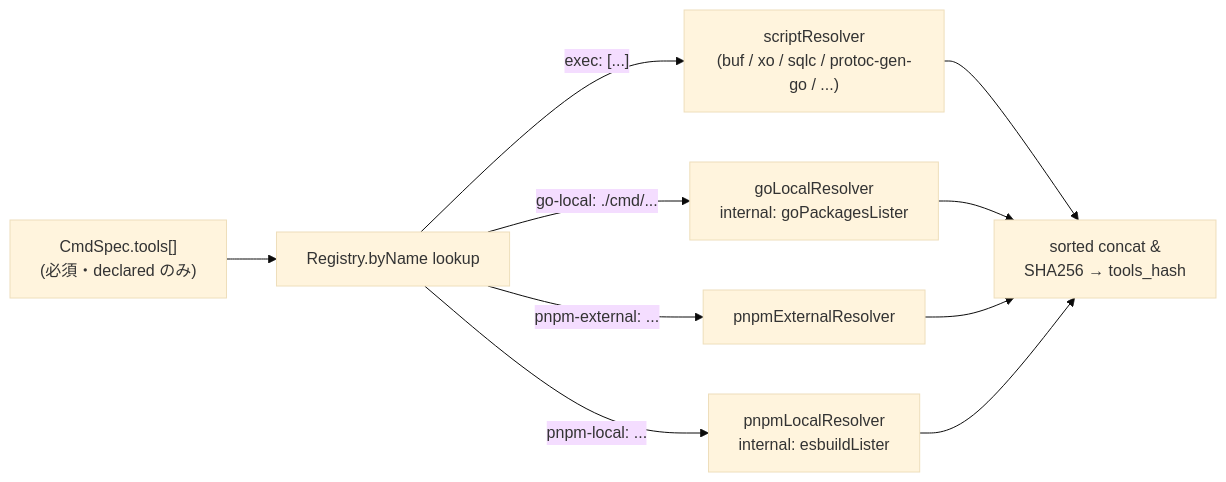
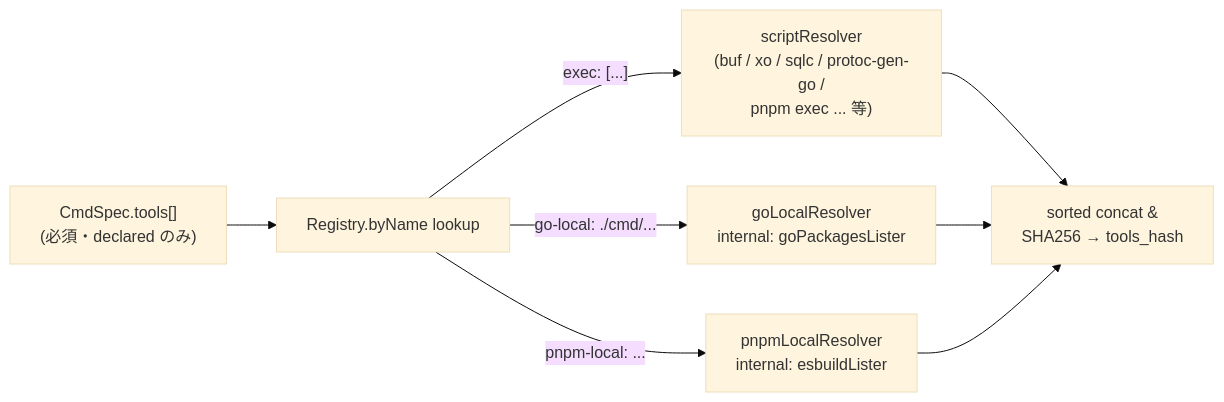
Before and after one commit to izumin5210/sloff: the second of 3 diagrams in docs/design/architecture.md, drawn with Mermaid (base theme). The commit also changed other lines of this file and 5 other files, not shown here.

First line of the commit message:
docs(adr): drop external-dependency resolver in favour of script

````diff
--- a/docs/design/architecture.md
+++ b/docs/design/architecture.md
@@ -317,12 +315,10 @@
 ```mermaid
 flowchart LR
     SPEC["CmdSpec.tools[]<br/>(必須・declared のみ)"] --> DISP["Registry.byName lookup"]
-    DISP -->|"exec: [...]"| SCRIPT["scriptResolver<br/>(buf / xo / sqlc / protoc-gen-go / ...)"]
+    DISP -->|"exec: [...]"| SCRIPT["scriptResolver<br/>(buf / xo / sqlc / protoc-gen-go /<br/>pnpm exec ... 等)"]
     DISP -->|"go-local: ./cmd/..."| GOLOC["goLocalResolver<br/>internal: goPackagesLister"]
-    DISP -->|"pnpm-external: ..."| PNPMEXT["pnpmExternalResolver"]
     DISP -->|"pnpm-local: ..."| PNPMLOC["pnpmLocalResolver<br/>internal: esbuildLister"]
     SCRIPT --> CONCAT["sorted concat &<br/>SHA256 → tools_hash"]
     GOLOC --> CONCAT
-    PNPMEXT --> CONCAT
     PNPMLOC --> CONCAT
 ```
````
